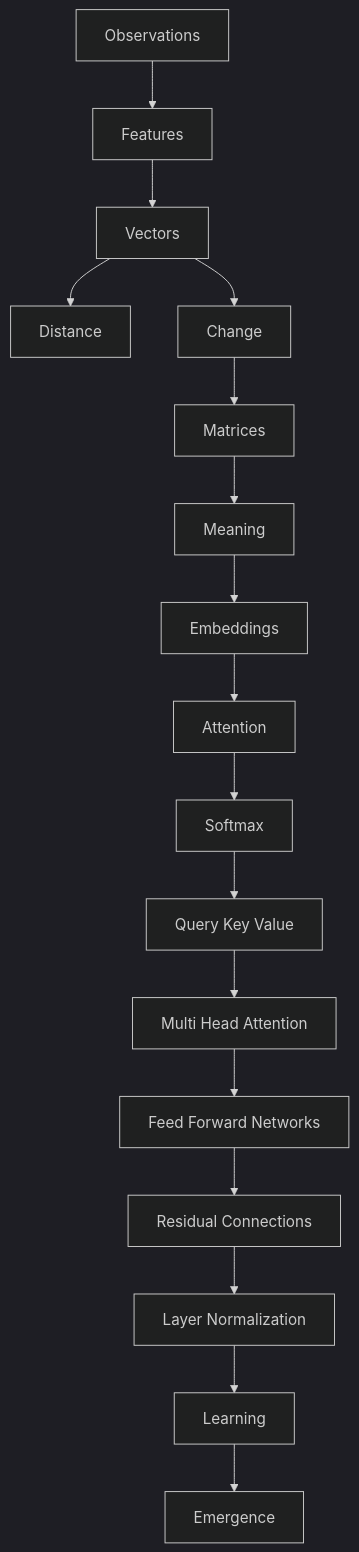
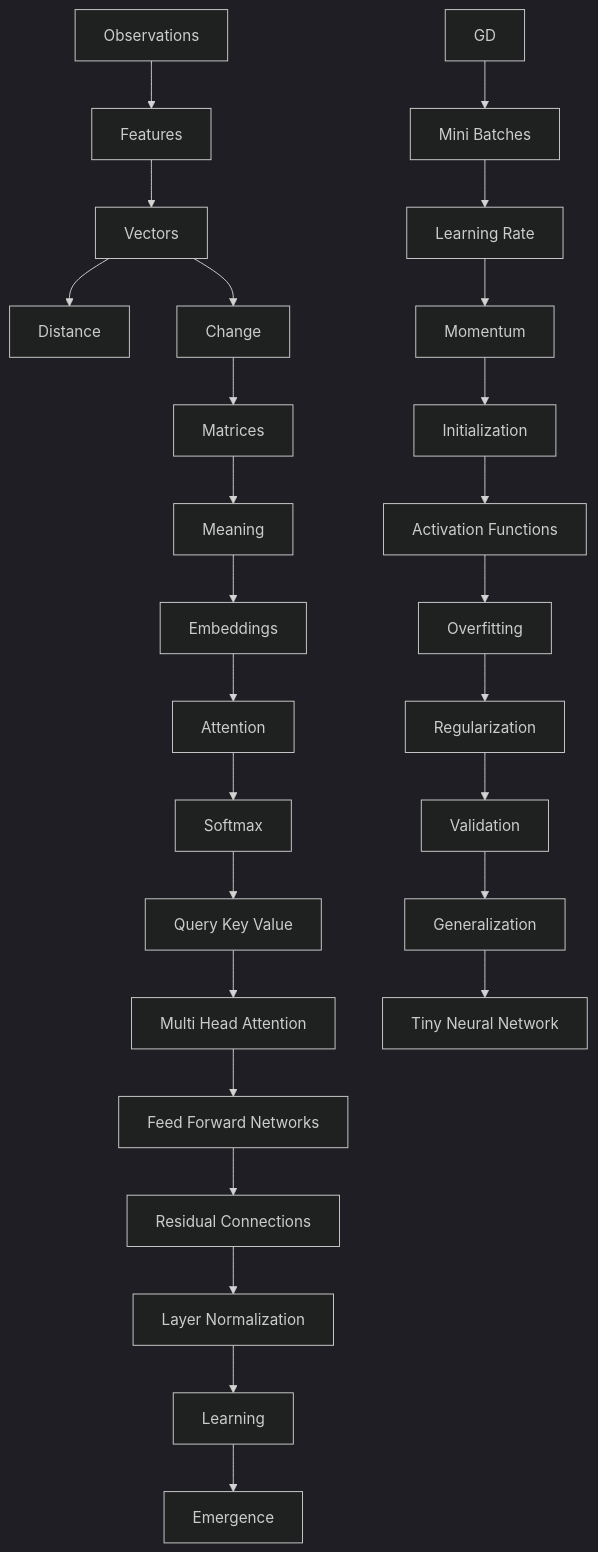
One commit to kleem-labs/AI-Archaeology changed the diagram in DEPENDENCY_GRAPH.md. Above: the diagram before and after it, drawn with Mermaid (dark theme). The commit also changed 157 other files, not shown here.

```diff
--- a/DEPENDENCY_GRAPH.md
+++ b/DEPENDENCY_GRAPH.md
@@ -3,9 +3,13 @@
 ~~~mermaid
 flowchart TD
  O[Observations] --> F[Features] --> V[Vectors] --> D[Distance]
  V --> C[Change] --> M[Matrices] --> ME[Meaning] --> E[Embeddings]
  E --> A[Attention] --> S[Softmax] --> Q[Query Key Value]
  Q --> H[Multi Head Attention] --> N[Feed Forward Networks]
  N --> R[Residual Connections] --> L[Layer Normalization]
  L --> T[Learning] --> EM[Emergence]
+ GD --> MB[Mini Batches] --> LR[Learning Rate] --> MO[Momentum]
+ MO --> IN[Initialization] --> AF[Activation Functions] --> OV[Overfitting]
+ OV --> RE[Regularization] --> VA[Validation] --> GE[Generalization]
+ GE --> TN[Tiny Neural Network]
 ~~~
```
